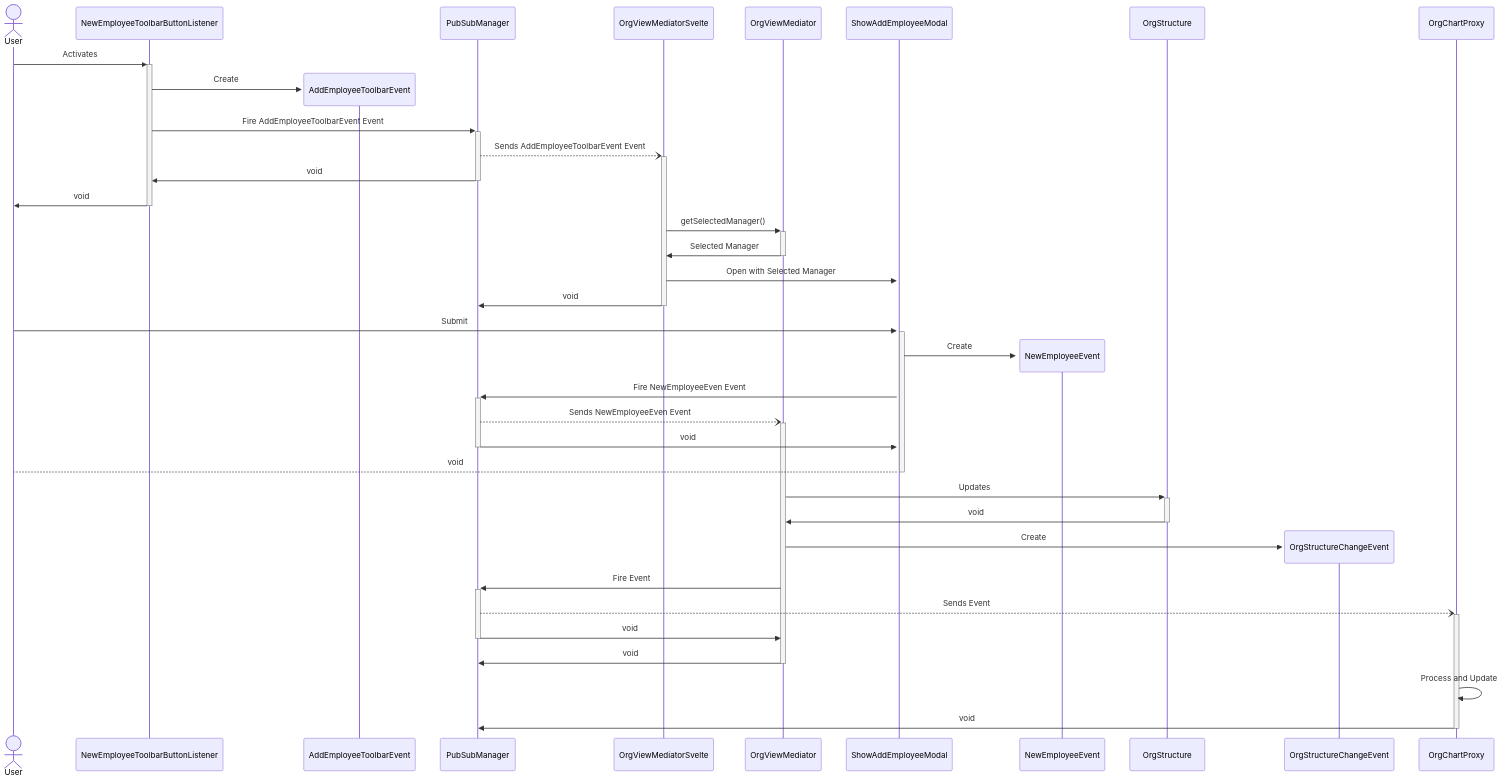
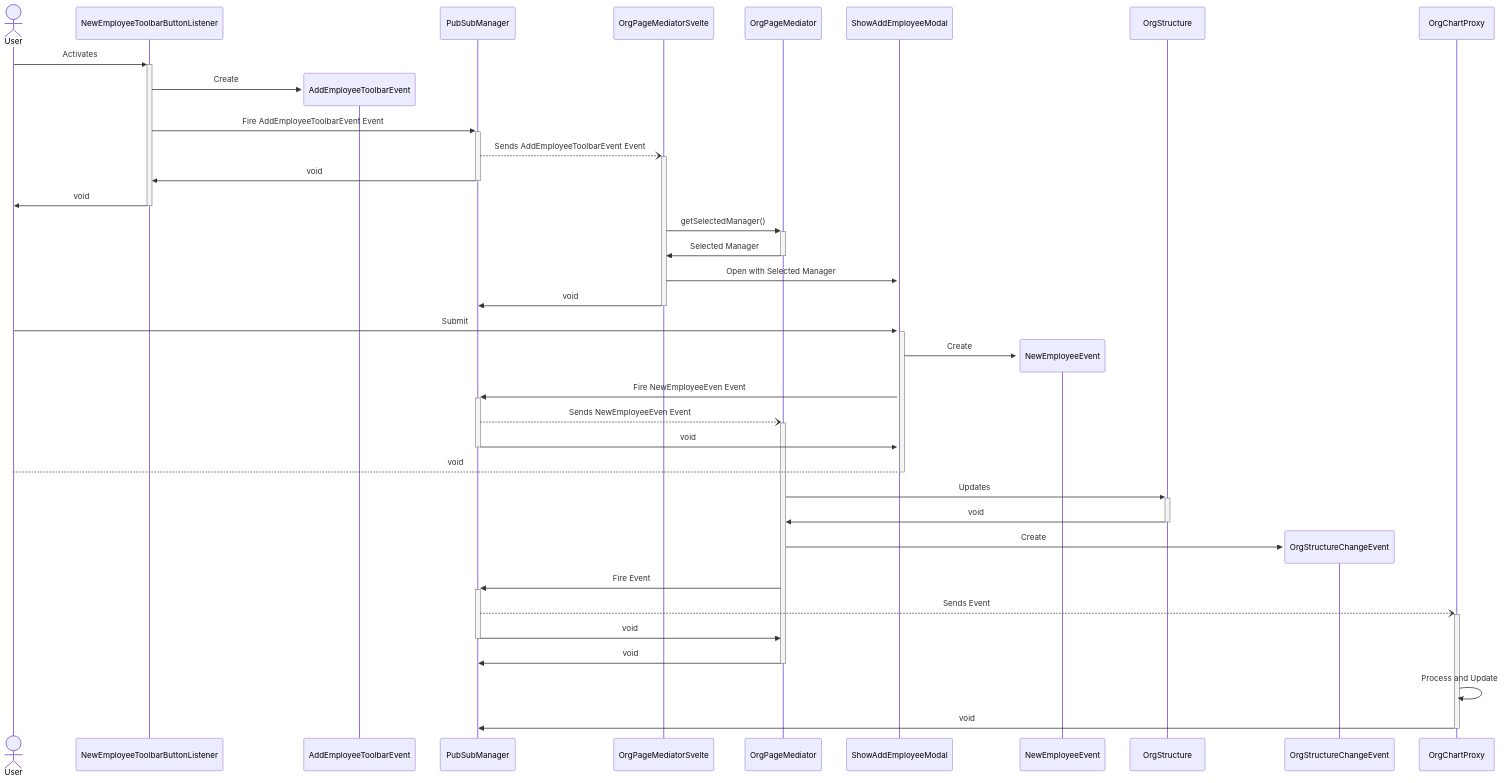
One commit to sdgoldstein/orgplanner_svelte changed the diagram in frontend/src/design/Org Entity CRUD/CreateEmployeeFromToolbar.mmd. Above: the diagram before and after it, drawn with Mermaid. The commit also changed 25 other files, not shown here.

```diff
--- a/frontend/src/design/Org Entity CRUD/CreateEmployeeFromToolbar.mmd
+++ b/frontend/src/design/Org Entity CRUD/CreateEmployeeFromToolbar.mmd
@@ -1,47 +1,47 @@
 sequenceDiagram
     actor User
 
     %% User Activates a Control
     User->>+NewEmployeeToolbarButtonListener: Activates
     
 
     %% Toolbar fires an AddEmployeeToolbarEvent event
     create participant AddEmployeeToolbarEvent
     NewEmployeeToolbarButtonListener->>AddEmployeeToolbarEvent: Create
     NewEmployeeToolbarButtonListener->>+PubSubManager: Fire AddEmployeeToolbarEvent Event
     
     %% Mediator recieves the event
-    PubSubManager--)+OrgViewMediatorSvelte: Sends AddEmployeeToolbarEvent Event 
+    PubSubManager--)+OrgPageMediatorSvelte: Sends AddEmployeeToolbarEvent Event 
     PubSubManager->>-NewEmployeeToolbarButtonListener: void   
     NewEmployeeToolbarButtonListener->>-User:void
 
     %% Org View Mediator Svelte Component Opens Modal
-    OrgViewMediatorSvelte->>+OrgViewMediator: getSelectedManager()
-    OrgViewMediator->>-OrgViewMediatorSvelte: Selected Manager
-    OrgViewMediatorSvelte->>+ShowAddEmployeeModal: Open with Selected Manager
-    OrgViewMediatorSvelte->>-PubSubManager: void
+    OrgPageMediatorSvelte->>+OrgPageMediator: getSelectedManager()
+    OrgPageMediator->>-OrgPageMediatorSvelte: Selected Manager
+    OrgPageMediatorSvelte->>+ShowAddEmployeeModal: Open with Selected Manager
+    OrgPageMediatorSvelte->>-PubSubManager: void
 
     %% User Submit Model
     User->>+ShowAddEmployeeModal:Submit
     create participant NewEmployeeEvent
     ShowAddEmployeeModal->>+NewEmployeeEvent: Create
 
     ShowAddEmployeeModal->>+PubSubManager: Fire NewEmployeeEven Event
-    PubSubManager--)+OrgViewMediator: Sends NewEmployeeEven Event
+    PubSubManager--)+OrgPageMediator: Sends NewEmployeeEven Event
     PubSubManager->>-ShowAddEmployeeModal: void
     ShowAddEmployeeModal-->-User:void
 
     %% Org View Mediator updates the org structure, and fires org structure changed event
-    OrgViewMediator->>+OrgStructure: Updates
-    OrgStructure->>-OrgViewMediator: void
+    OrgPageMediator->>+OrgStructure: Updates
+    OrgStructure->>-OrgPageMediator: void
     create participant OrgStructureChangeEvent
-    OrgViewMediator->>OrgStructureChangeEvent: Create
-    OrgViewMediator->>+PubSubManager: Fire Event
+    OrgPageMediator->>OrgStructureChangeEvent: Create
+    OrgPageMediator->>+PubSubManager: Fire Event
     
     %% Any number of sub views handle the org structure changed event and updates
     PubSubManager--)+OrgChartProxy: Sends Event
-    PubSubManager->>-OrgViewMediator: void
+    PubSubManager->>-OrgPageMediator: void
     
-    OrgViewMediator->>-PubSubManager: void
+    OrgPageMediator->>-PubSubManager: void
     OrgChartProxy->>OrgChartProxy: Process and Update
     OrgChartProxy->>-PubSubManager: void
```
